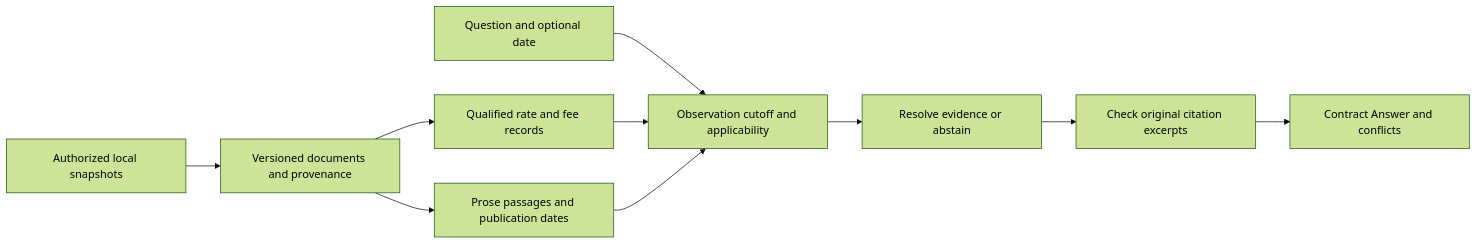
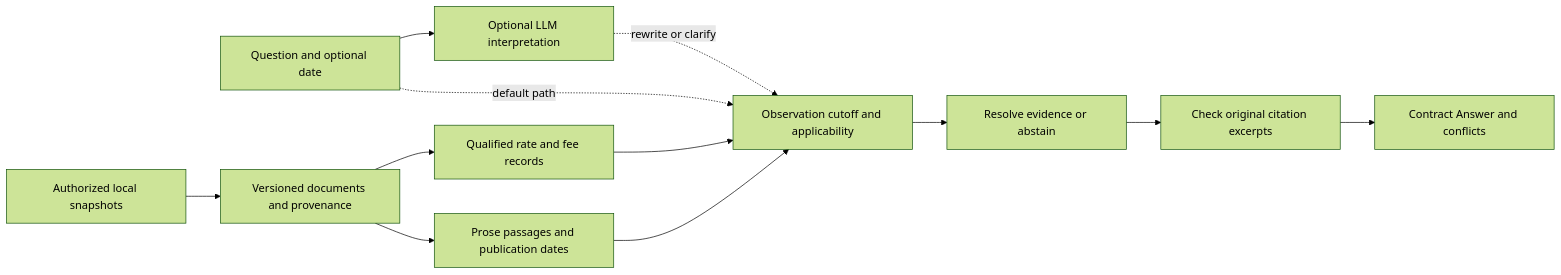
Before and after one commit to red-star25/interface-ai-knowledge-assignment: the diagram in README.md, drawn with Mermaid (forest theme). The commit also changed other lines of this file and 10 other files, not shown here.

Commit message:
Add grounded optional LLM query interpretation

````diff
--- a/README.md
+++ b/README.md
@@ -11,12 +12,14 @@
 ```mermaid
 flowchart LR
     S[Authorized local snapshots] --> D[Versioned documents and provenance]
     D --> R[Qualified rate and fee records]
     D --> P[Prose passages and publication dates]
-    Q[Question and optional date] --> T[Observation cutoff and applicability]
+    Q[Question and optional date] --> I[Optional LLM interpretation]
+    I -. rewrite or clarify .-> T[Observation cutoff and applicability]
+    Q -. default path .-> T
     R --> T
     P --> T
     T --> C[Resolve evidence or abstain]
     C --> V[Check original citation excerpts]
     V --> A[Contract Answer and conflicts]
 ```
````
